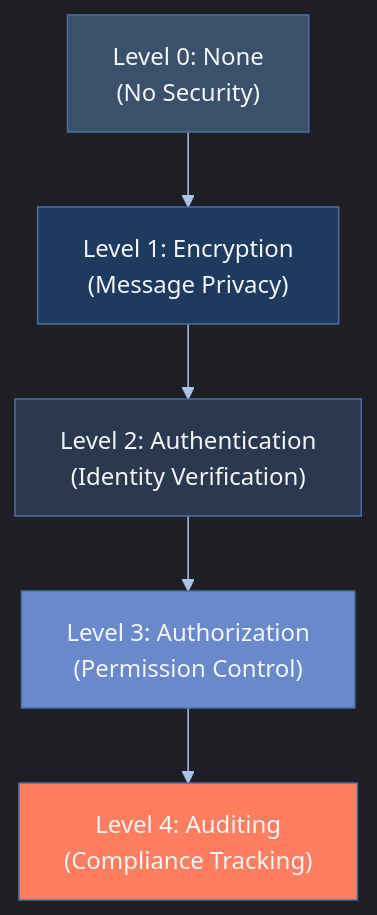
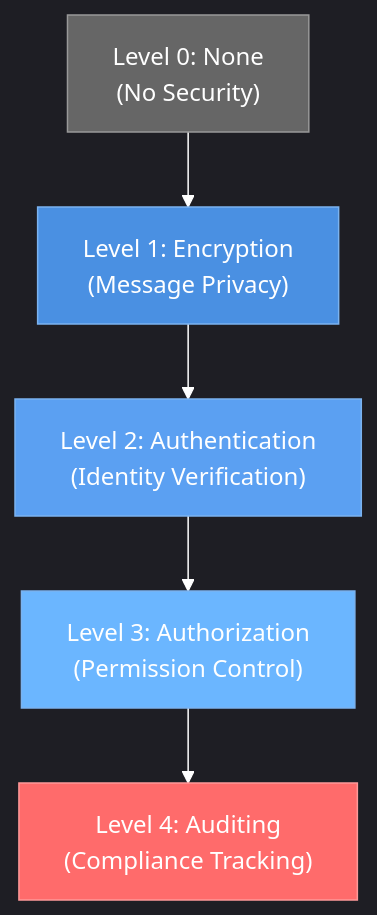
Before and after one commit to mbhatt1/ecps-sdk: diagram 12 of 14 in DesignDoc.md, drawn with Mermaid. The commit also changed other lines of this file, not shown here.

Commit message:
Adding trust layer + fix diagrams

````diff
--- a/DesignDoc.md
+++ b/DesignDoc.md
@@ -841,20 +841,20 @@
 ```mermaid
-%%{init: {'theme': 'dark', 'themeVariables': { 'primaryColor': '#2a3950', 'primaryTextColor': '#f5f5f5', 'primaryBorderColor': '#4671a5', 'lineColor': '#a7c3e6', 'secondaryColor': '#3a506b', 'tertiaryColor': '#1e3a5f'}}}%%
+%%{init: {'theme': 'dark', 'themeVariables': { 'primaryColor': '#4a90e2', 'primaryTextColor': '#ffffff', 'primaryBorderColor': '#7bb3f0', 'lineColor': '#ffffff', 'secondaryColor': '#5ba0f2', 'tertiaryColor': '#357abd', 'background': '#1e1e1e', 'mainBkg': '#2d2d2d', 'secondBkg': '#3d3d3d', 'tertiaryColor': '#4d4d4d'}}}%%
 graph TD
     NoSecurity["Level 0: None<br/>(No Security)"] --> Encryption["Level 1: Encryption<br/>(Message Privacy)"]
     Encryption --> Authentication["Level 2: Authentication<br/>(Identity Verification)"]
     Authentication --> Authorization["Level 3: Authorization<br/>(Permission Control)"]
     Authorization --> Auditing["Level 4: Auditing<br/>(Compliance Tracking)"]
     
-    classDef none fill:#3a506b,stroke:#4671a5,color:#f5f5f5
-    classDef enc fill:#1e3a5f,stroke:#4671a5,color:#f5f5f5
-    classDef auth fill:#2a3950,stroke:#4671a5,color:#f5f5f5
-    classDef authz fill:#6a89cc,stroke:#4671a5,color:#f5f5f5
-    classDef audit fill:#ff7e5f,stroke:#4671a5,color:#f5f5f5
+    classDef none fill:#666666,stroke:#999999,color:#ffffff
+    classDef enc fill:#4a90e2,stroke:#7bb3f0,color:#ffffff
+    classDef auth fill:#5ba0f2,stroke:#7bb3f0,color:#ffffff
+    classDef authz fill:#6bb6ff,stroke:#7bb3f0,color:#ffffff
+    classDef audit fill:#ff6b6b,stroke:#ff9999,color:#ffffff
     
     class NoSecurity none
     class Encryption enc
     class Authentication auth
     class Authorization authz
     class Auditing audit
 ```
````
